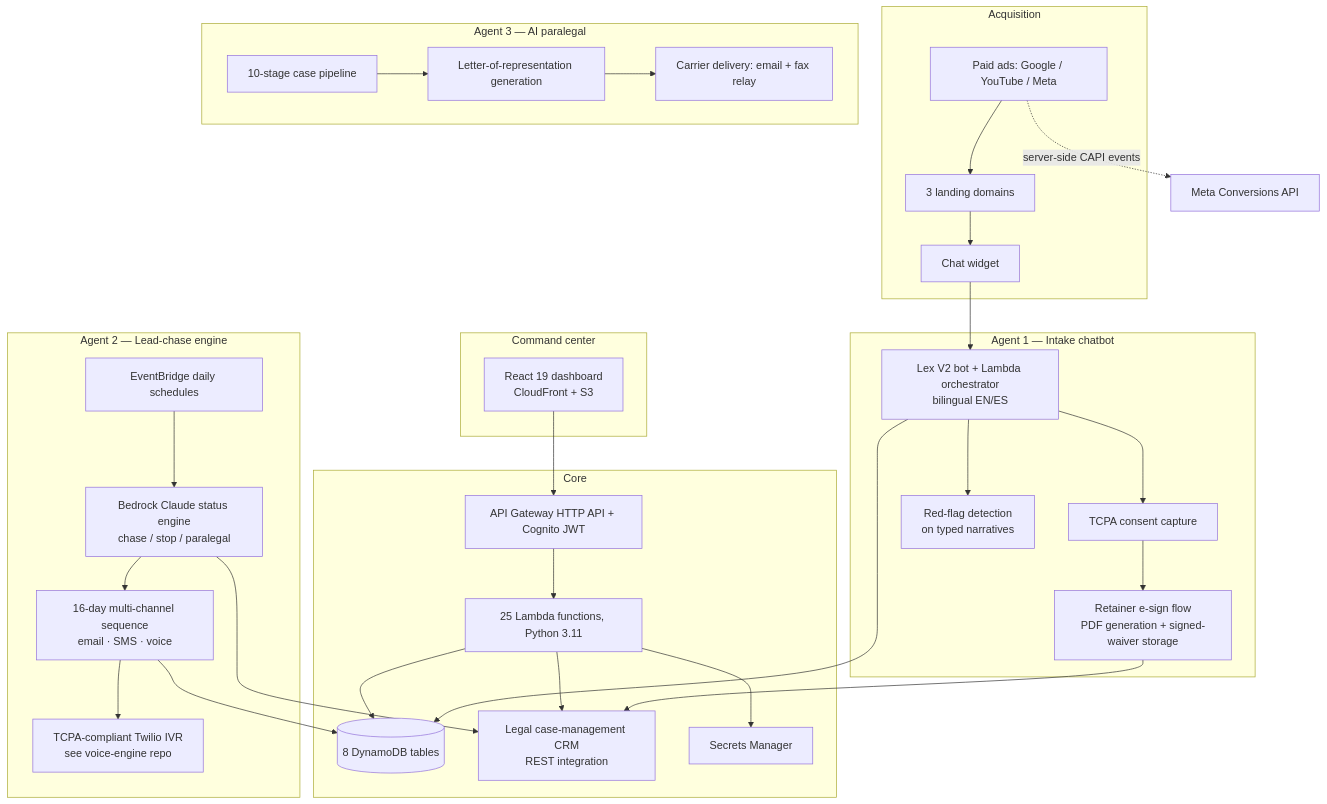
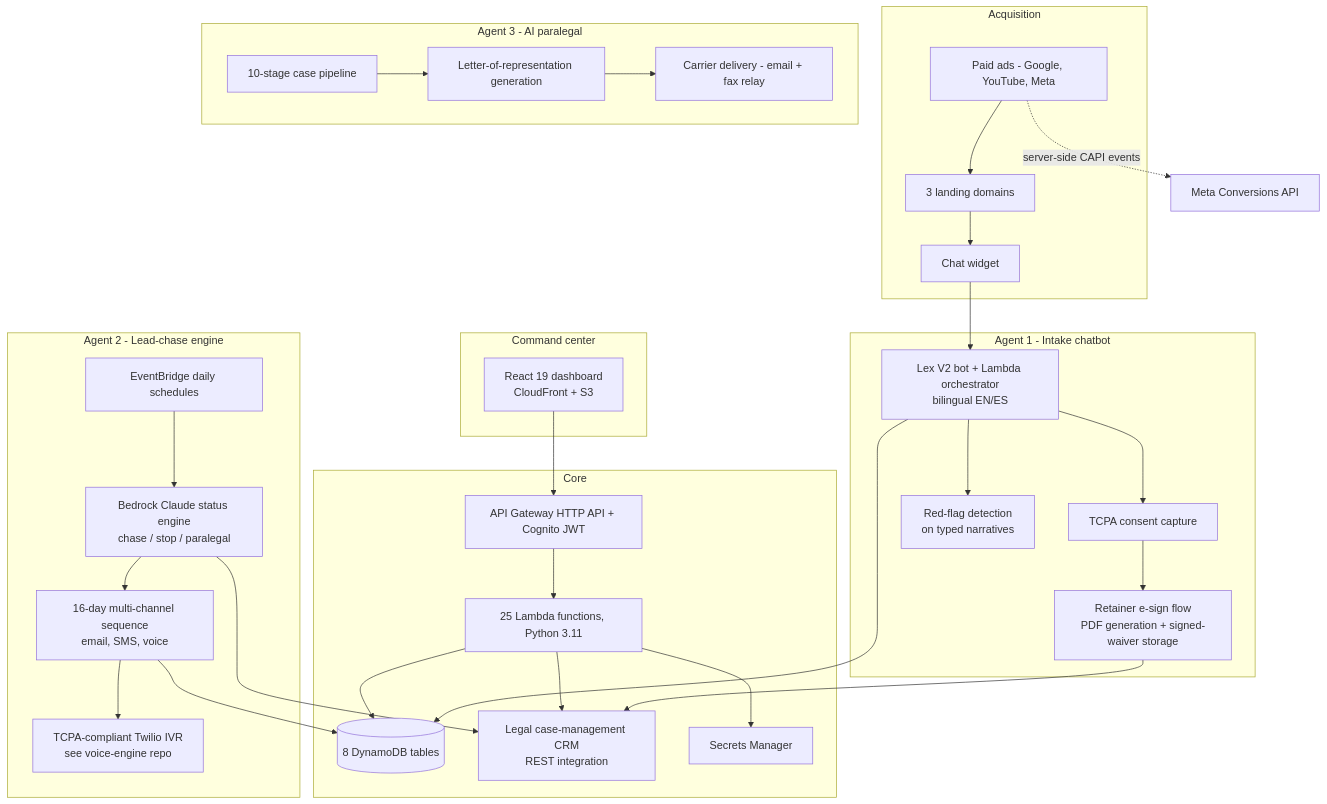
One commit to Kaynetic/legal-intake-ai-platform changed the diagram in README.md. Above: the diagram before and after it, drawn with Mermaid.

Commit message:
Make Mermaid diagram ASCII-only for GitHub renderer compatibility

````diff
--- a/README.md
+++ b/README.md
@@ -22,42 +22,42 @@
 ```mermaid
 flowchart TB
-    subgraph Acquisition
-        ADS[Paid ads: Google / YouTube / Meta] --> LP[3 landing domains]
-        LP --> W[Chat widget]
+    subgraph Acquisition["Acquisition"]
+        ADS["Paid ads - Google, YouTube, Meta"] --> LP["3 landing domains"]
+        LP --> W["Chat widget"]
     end
 
-    subgraph Agent1[Agent 1 — Intake chatbot]
-        W --> LEX[Lex V2 bot + Lambda orchestrator<br/>bilingual EN/ES]
-        LEX --> TCPA[TCPA consent capture]
-        LEX --> RF[Red-flag detection<br/>on typed narratives]
-        TCPA --> RET[Retainer e-sign flow<br/>PDF generation + signed-waiver storage]
+    subgraph Agent1["Agent 1 - Intake chatbot"]
+        W --> LEX["Lex V2 bot + Lambda orchestrator<br/>bilingual EN/ES"]
+        LEX --> TCPA["TCPA consent capture"]
+        LEX --> RF["Red-flag detection<br/>on typed narratives"]
+        TCPA --> RET["Retainer e-sign flow<br/>PDF generation + signed-waiver storage"]
     end
 
-    subgraph Agent2[Agent 2 — Lead-chase engine]
-        SCHED[EventBridge daily schedules] --> STATUS[Bedrock Claude status engine<br/>chase / stop / paralegal]
-        STATUS --> SEQ[16-day multi-channel sequence<br/>email · SMS · voice]
-        SEQ --> VOICE[TCPA-compliant Twilio IVR<br/>see voice-engine repo]
+    subgraph Agent2["Agent 2 - Lead-chase engine"]
+        SCHED["EventBridge daily schedules"] --> STATUS["Bedrock Claude status engine<br/>chase / stop / paralegal"]
+        STATUS --> SEQ["16-day multi-channel sequence<br/>email, SMS, voice"]
+        SEQ --> VOICE["TCPA-compliant Twilio IVR<br/>see voice-engine repo"]
     end
 
-    subgraph Agent3[Agent 3 — AI paralegal]
-        PIPE[10-stage case pipeline] --> LOR[Letter-of-representation generation]
-        LOR --> SEND[Carrier delivery: email + fax relay]
+    subgraph Agent3["Agent 3 - AI paralegal"]
+        PIPE["10-stage case pipeline"] --> LOR["Letter-of-representation generation"]
+        LOR --> SEND["Carrier delivery - email + fax relay"]
     end
 
-    subgraph Core
-        API[API Gateway HTTP API + Cognito JWT] --> L[25 Lambda functions, Python 3.11]
-        L --> DDB[(8 DynamoDB tables)]
-        L --> CRM[Legal case-management CRM<br/>REST integration]
-        L --> SM[Secrets Manager]
+    subgraph Core["Core"]
+        API["API Gateway HTTP API + Cognito JWT"] --> L["25 Lambda functions, Python 3.11"]
+        L --> DDB[("8 DynamoDB tables")]
+        L --> CRM["Legal case-management CRM<br/>REST integration"]
+        L --> SM["Secrets Manager"]
     end
 
-    subgraph Ops[Command center]
-        DASH[React 19 dashboard<br/>CloudFront + S3] --> API
+    subgraph Ops["Command center"]
+        DASH["React 19 dashboard<br/>CloudFront + S3"] --> API
     end
 
     RET --> CRM
     LEX --> DDB
     STATUS --> CRM
     SEQ --> DDB
-    ADS -.->|server-side CAPI events| META[Meta Conversions API]
+    ADS -.->|"server-side CAPI events"| META["Meta Conversions API"]
 ```
````
